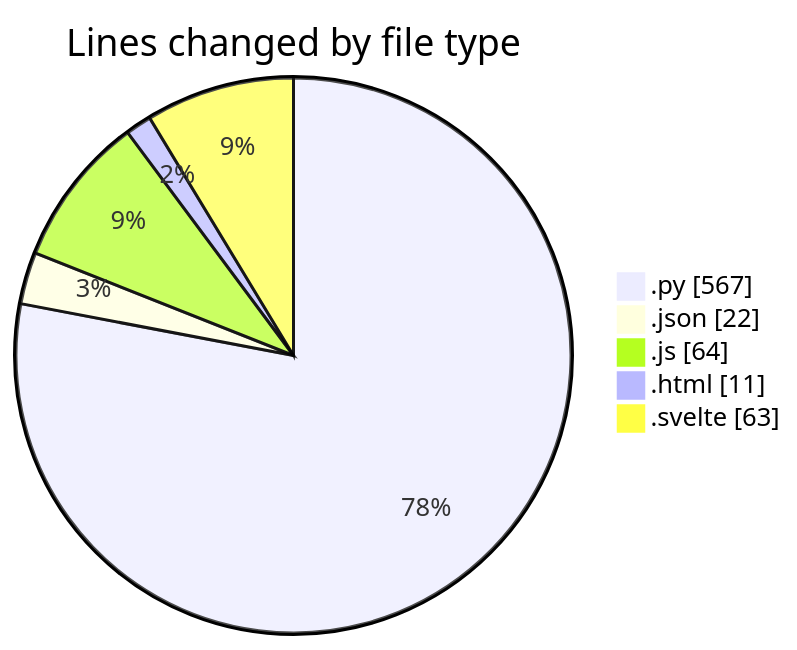
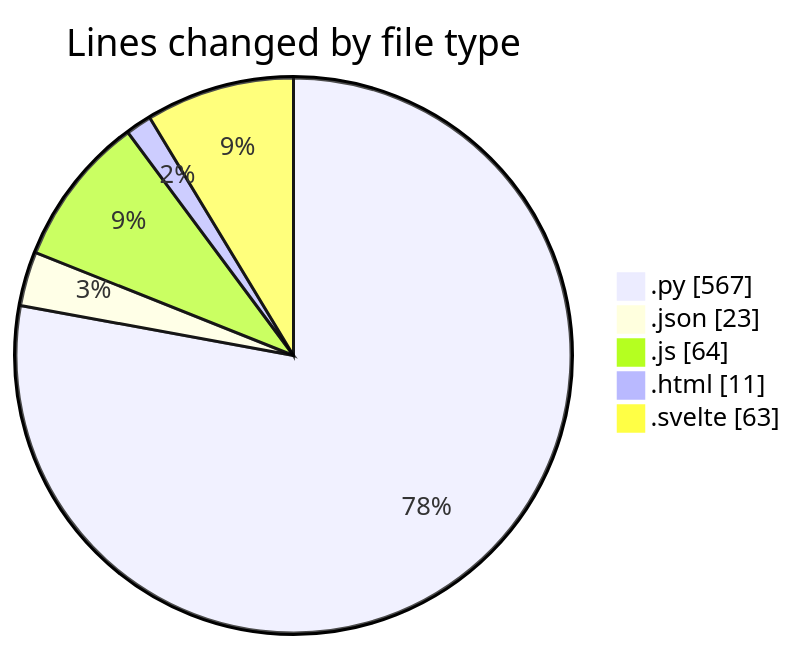
One commit to lephambinh05/code-tracking changed the first of 2 diagrams in 2025-07-10/toolsopenemalpass/README.md. Above: the diagram before and after it, drawn with Mermaid. The commit also changed other lines of this file and 1 other file, not shown here.

````diff
--- a/2025-07-10/toolsopenemalpass/README.md
+++ b/2025-07-10/toolsopenemalpass/README.md
@@ -37,9 +37,9 @@
 ```mermaid
 pie showData
 title Lines changed by file type
 ".py" : 567
-".json" : 22
+".json" : 23
 ".js" : 64
 ".html" : 11
 ".svelte" : 63
 ```
````
